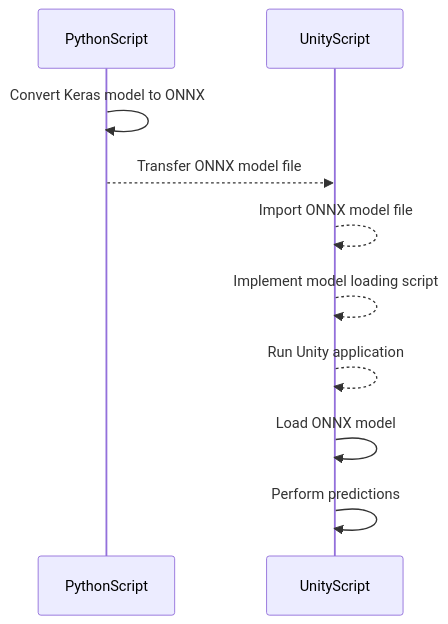
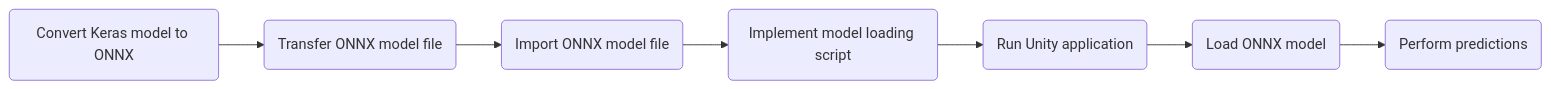
The diagram in README.md (AppleBoiy/UnityONNX), drawn with Mermaid before and after one commit.

````diff
--- a/README.md
+++ b/README.md
@@ -3,14 +3,9 @@
 ```mermaid
-sequenceDiagram
-    participant PythonScript
-    participant UnityScript
-
-        PythonScript->>PythonScript: Convert Keras model to ONNX
-        PythonScript-->>UnityScript: Transfer ONNX model file
-
-        UnityScript-->>UnityScript: Import ONNX model file
-        UnityScript-->>UnityScript: Implement model loading script
-        UnityScript-->>UnityScript: Run Unity application
-        UnityScript->>UnityScript: Load ONNX model
-        UnityScript->>UnityScript: Perform predictions    
+graph LR;
+    A(Convert Keras model to ONNX) --> B(Transfer ONNX model file);
+        B --> C(Import ONNX model file);
+        C --> D(Implement model loading script);
+        D --> E(Run Unity application);
+        E --> F(Load ONNX model);
+        F --> G(Perform predictions);    
 ```
````
